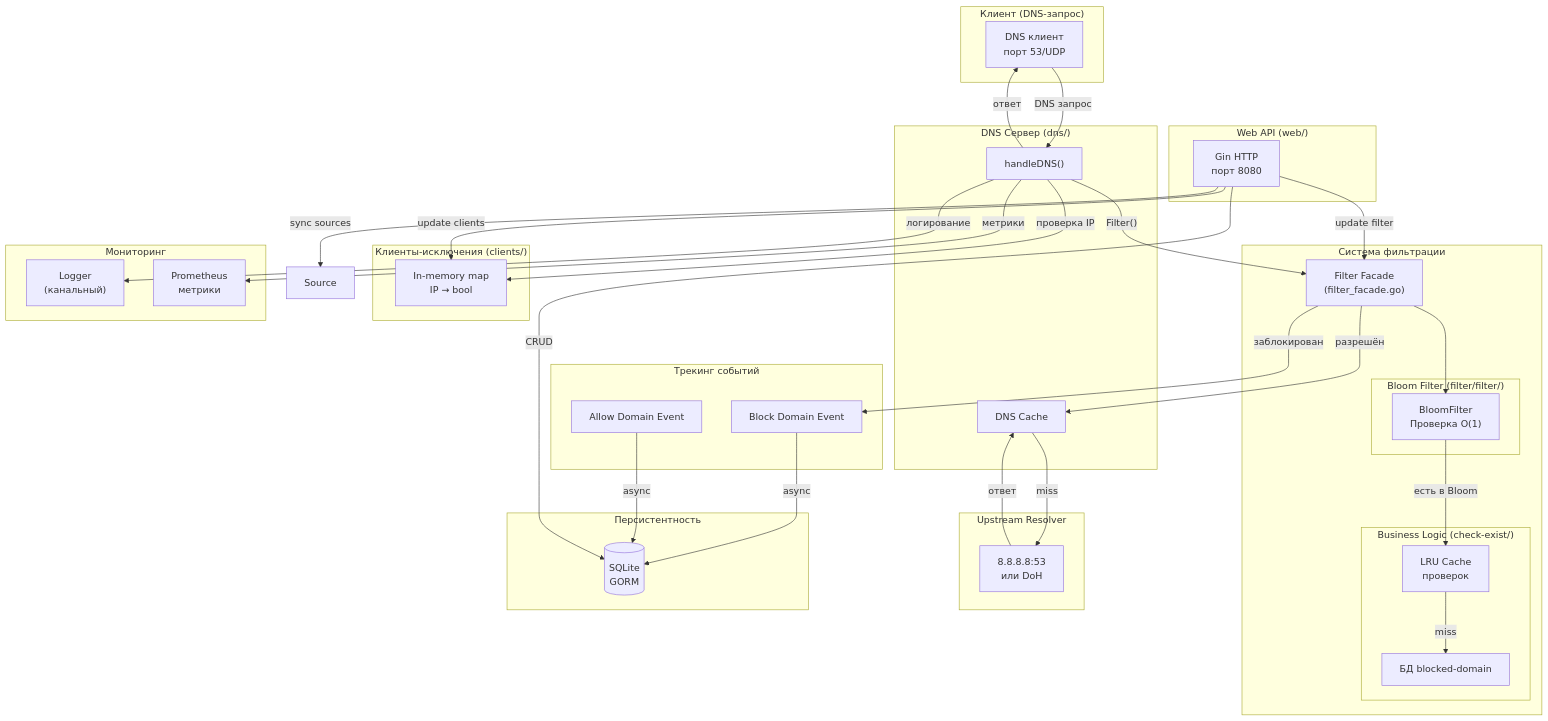
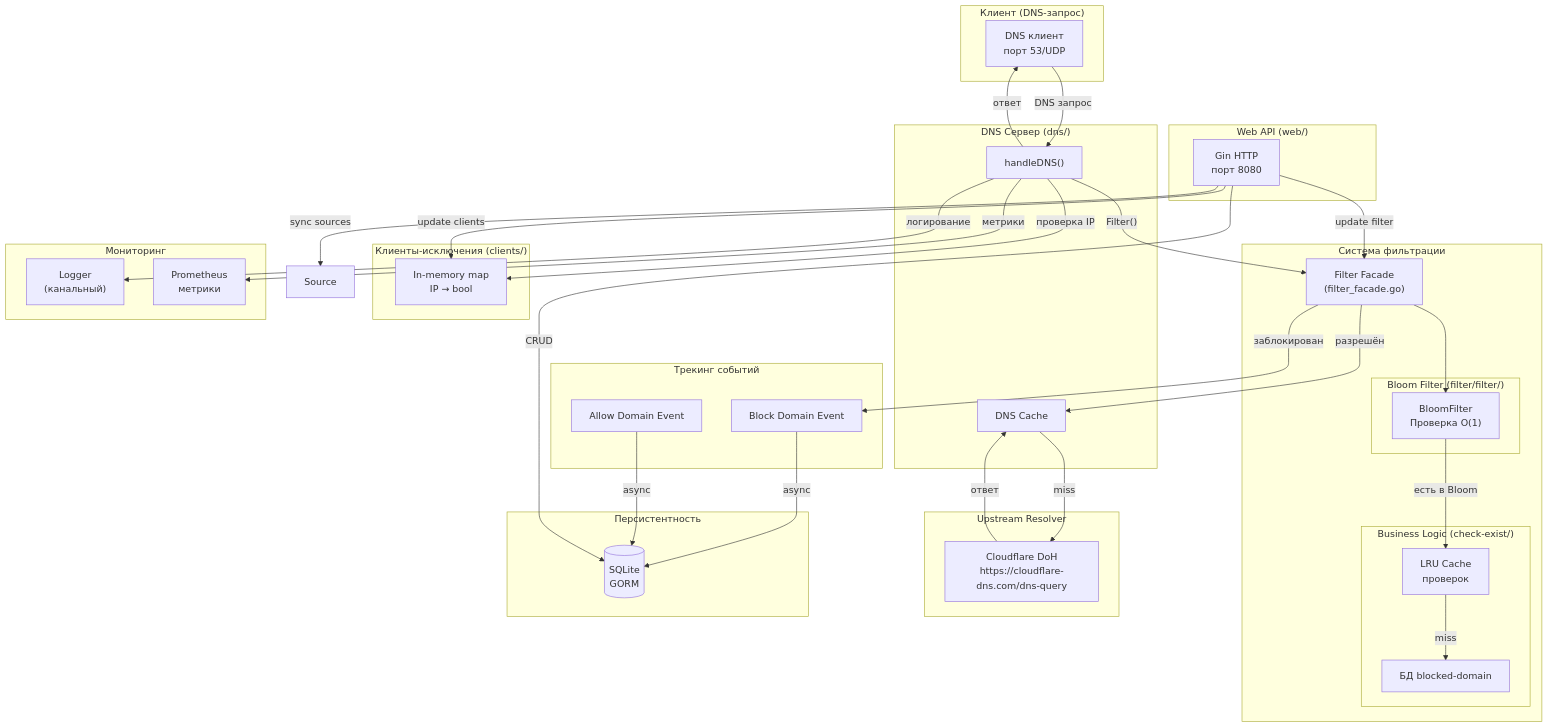
The first of 2 diagrams in ARCHITECTURE.md (alextorq/dns-filter), drawn with Mermaid before and after one commit. The commit also changed other lines of this file and 8 other files, not shown here.

````diff
--- a/ARCHITECTURE.md
+++ b/ARCHITECTURE.md
@@ -208,80 +208,80 @@
 ```mermaid
 flowchart TB
     subgraph Client["Клиент (DNS-запрос)"]
         C["DNS клиент<br/>порт 53/UDP"]
     end
 
     subgraph DNS_Server["DNS Сервер (dns/)"]
         DNS["handleDNS()"]
         DNS_Cache["DNS Cache"]
     end
 
     subgraph Filter_System["Система фильтрации"]
         Filter_Facade["Filter Facade<br/>(filter_facade.go)"]
         
         subgraph Bloom_Layer["Bloom Filter (filter/filter/)"]
             BF["BloomFilter<br/>Проверка O(1)"]
         end
         
         subgraph Check_Logic["Business Logic (check-exist/)"]
             Check_Cache["LRU Cache<br/>проверок"]
             DB_Check["БД blocked-domain"]
         end
         
         Filter_Facade --> BF
         BF -->|"есть в Bloom"| Check_Cache
         Check_Cache -->|"miss"| DB_Check
     end
 
     subgraph Clients_System["Клиенты-исключения (clients/)"]
         Clients_Map["In-memory map<br/>IP → bool"]
     end
 
     subgraph Upstream["Upstream Resolver"]
-        Up["8.8.8.8:53<br/>или DoH"]
+        Up["Cloudflare DoH<br/>https://cloudflare-dns.com/dns-query"]
     end
 
     subgraph Persistence["Персистентность"]
         DB[(SQLite<br/>GORM)]
     end
 
     subgraph Event_Tracking["Трекинг событий"]
         Block_Event["Block Domain Event"]
         Allow_Event["Allow Domain Event"]
     end
 
     subgraph Monitoring["Мониторинг"]
         Logger["Logger<br/>(канальный)"]
         Metrics["Prometheus<br/>метрики"]
     end
 
     subgraph Web_API["Web API (web/)"]
         API["Gin HTTP<br/>порт 8080"]
     end
 
     %% Потоки данных
     C -->|"DNS запрос"| DNS
     DNS -->|"проверка IP"| Clients_Map
     
     DNS -->|"Filter()"| Filter_Facade
     Filter_Facade -->|"заблокирован"| Block_Event
     
     Filter_Facade -->|"разрешён"| DNS_Cache
     DNS_Cache -->|"miss"| Up
     Up -->|"ответ"| DNS_Cache
     
     DNS -->|"логирование"| Logger
     DNS -->|"метрики"| Metrics
     
     DNS -->|"ответ"| C
     
     %% События
     Block_Event -->|"async"| DB
     Allow_Event -->|"async"| DB
     
     %% Web API -> Компоненты
     API -->|"CRUD"| DB
     API -->|"update filter"| Filter_Facade
     API -->|"sync sources"| Source
     API -->|"update clients"| Clients_Map
 ```
````
